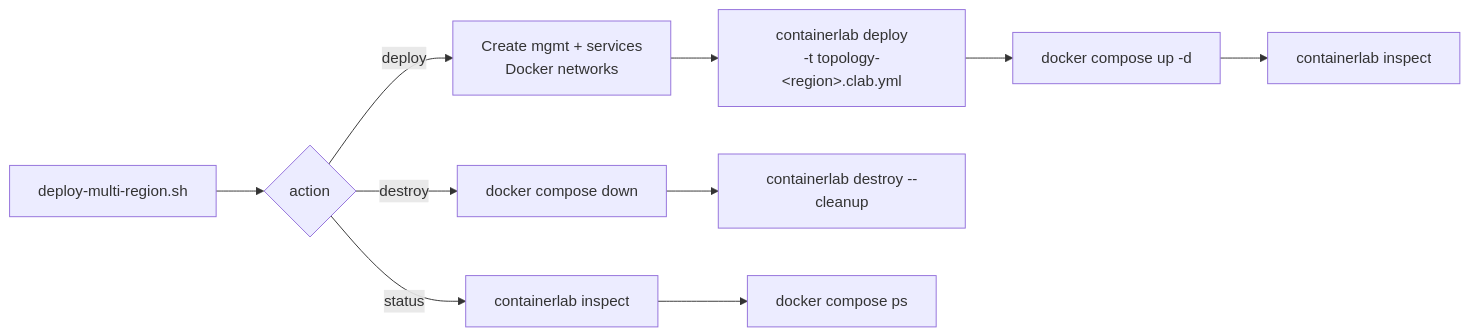
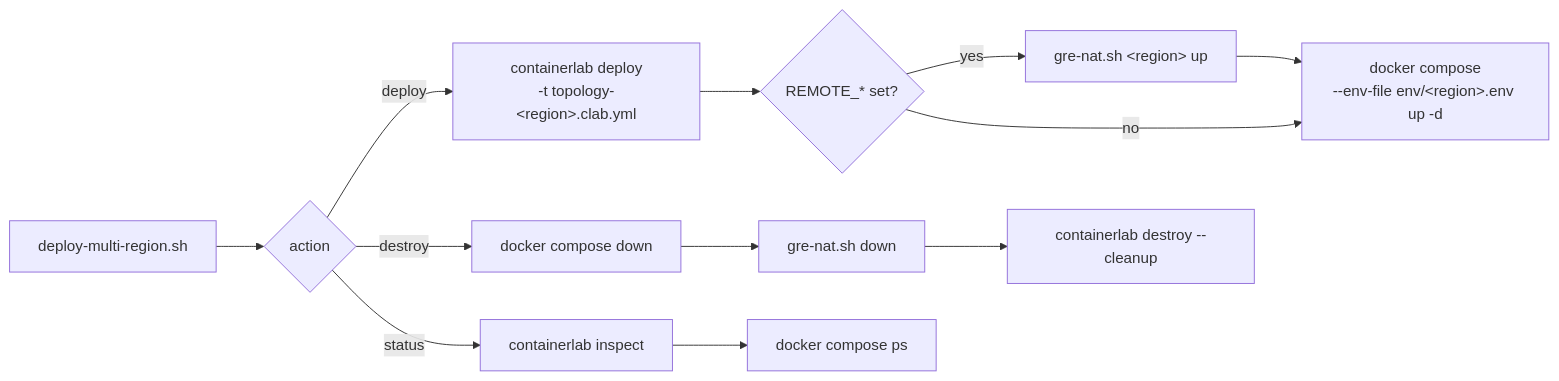
The second of 4 diagrams in docs/diagrams/automation-workflow.md (macrohard1970/ResilientCloud), drawn with Mermaid before and after one commit. The commit also changed other lines of this file and 12 other files, not shown here.

First line of the commit message:
docs: align all docs and diagrams with the fixed lab; add CHANGELOG

````diff
--- a/docs/diagrams/automation-workflow.md
+++ b/docs/diagrams/automation-workflow.md
@@ -50,7 +52,9 @@
 ```mermaid
 flowchart LR
     START["deploy-multi-region.sh"] --> ACT{"action"}
-    ACT -->|"deploy"| D1["Create mgmt + services<br/>Docker networks"] --> D2["containerlab deploy<br/>-t topology-&lt;region&gt;.clab.yml"] --> D3["docker compose up -d"] --> D4["containerlab inspect"]
-    ACT -->|"destroy"| X1["docker compose down"] --> X2["containerlab destroy --cleanup"]
+    ACT -->|"deploy"| D1["containerlab deploy<br/>-t topology-&lt;region&gt;.clab.yml"] --> D2{"REMOTE_* set?"}
+    D2 -->|"yes"| D3["gre-nat.sh &lt;region&gt; up"] --> D4["docker compose<br/>--env-file env/&lt;region&gt;.env up -d"]
+    D2 -->|"no"| D4
+    ACT -->|"destroy"| X1["docker compose down"] --> X2["gre-nat.sh down"] --> X3["containerlab destroy --cleanup"]
     ACT -->|"status"| S1["containerlab inspect"] --> S2["docker compose ps"]
 ```
````
